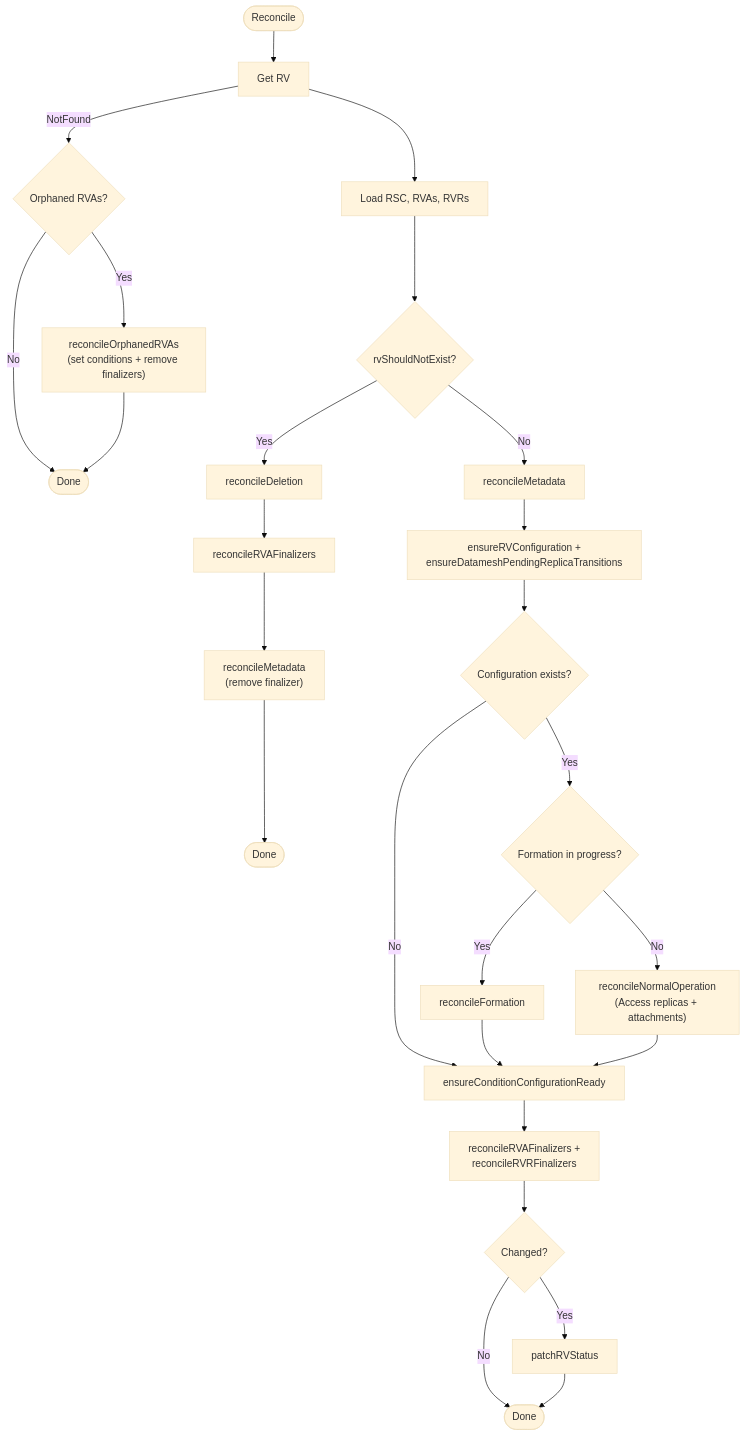
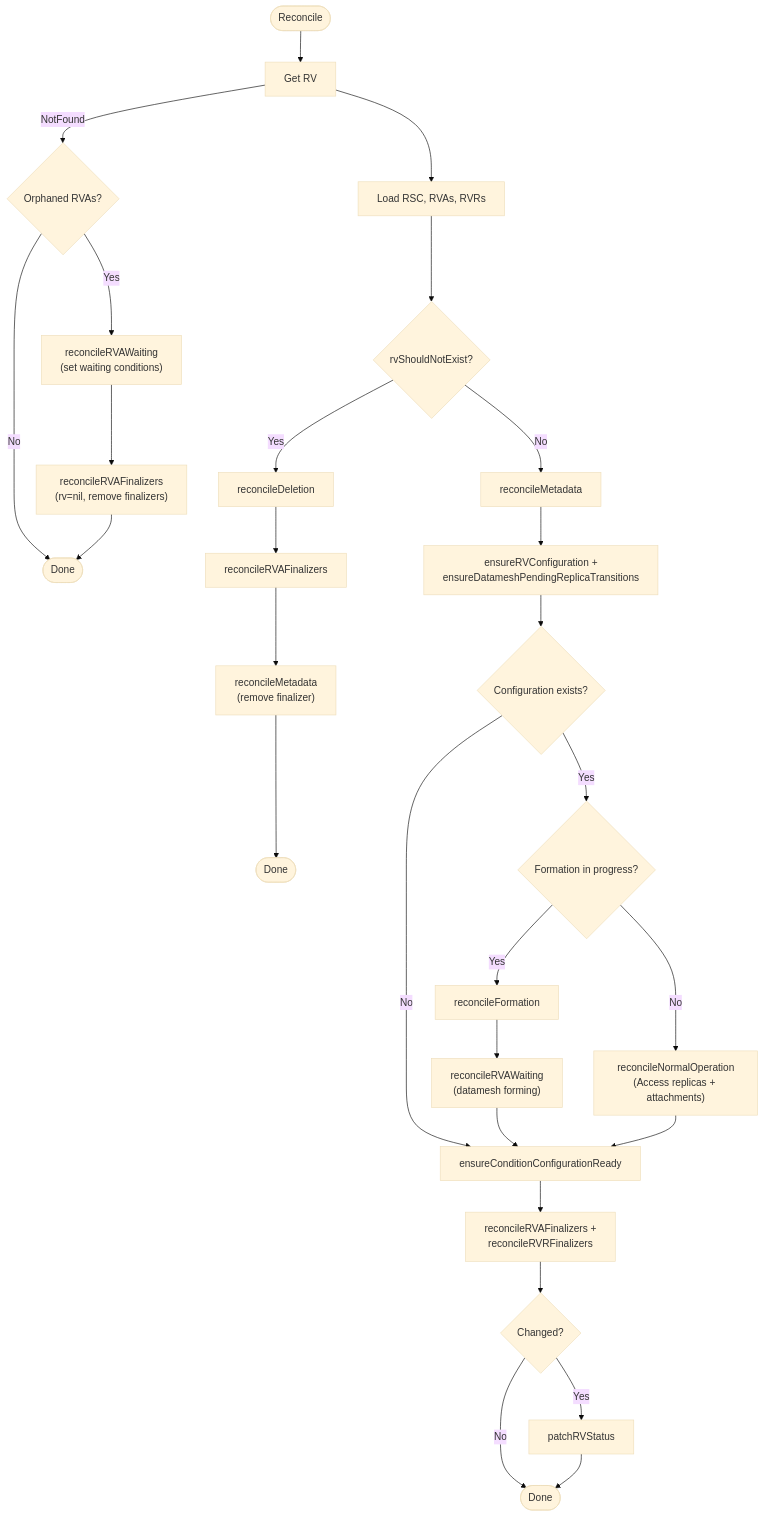
The first of 13 diagrams in images/controller/internal/controllers/rv_controller/README.md (deckhouse/sds-replicated-volume), drawn with Mermaid (base theme) before and after one commit. The commit also changed other lines of this file and 14 other files, not shown here.

````diff
--- a/images/controller/internal/controllers/rv_controller/README.md
+++ b/images/controller/internal/controllers/rv_controller/README.md
@@ -133,34 +143,35 @@
 ```mermaid
 flowchart TD
     Start([Reconcile]) --> GetRV[Get RV]
     GetRV -->|NotFound| CheckOrphanedRVAs{Orphaned RVAs?}
     CheckOrphanedRVAs -->|No| Done1([Done])
-    CheckOrphanedRVAs -->|Yes| OrphanedRVAs["reconcileOrphanedRVAs<br/>(set conditions + remove finalizers)"]
-    OrphanedRVAs --> Done1
+    CheckOrphanedRVAs -->|Yes| OrphanedWaiting["reconcileRVAWaiting<br/>(set waiting conditions)"]
+    OrphanedWaiting --> OrphanedFinalizers["reconcileRVAFinalizers<br/>(rv=nil, remove finalizers)"]
+    OrphanedFinalizers --> Done1
     GetRV --> LoadDeps[Load RSC, RVAs, RVRs]
 
     LoadDeps --> CheckDelete{rvShouldNotExist?}
     CheckDelete -->|Yes| Deletion[reconcileDeletion]
     Deletion --> RVAFinDel[reconcileRVAFinalizers]
     RVAFinDel --> MetaDel["reconcileMetadata<br/>(remove finalizer)"]
     MetaDel --> Done3([Done])
 
     CheckDelete -->|No| Meta[reconcileMetadata]
     Meta --> EnsureConfig["ensureRVConfiguration +<br/>ensureDatameshPendingReplicaTransitions"]
     EnsureConfig --> CheckConfig{Configuration exists?}
     CheckConfig -->|No| Conditions
 
     CheckConfig -->|Yes| CheckForming{Formation in progress?}
     CheckForming -->|Yes| Formation[reconcileFormation]
+    Formation --> FormingRVAWaiting["reconcileRVAWaiting<br/>(datamesh forming)"]
+    FormingRVAWaiting --> Conditions
     CheckForming -->|No| NormalOp["reconcileNormalOperation<br/>(Access replicas + attachments)"]
-
-    Formation --> Conditions
     NormalOp --> Conditions
 
     Conditions[ensureConditionConfigurationReady]
     Conditions --> Finalizers["reconcileRVAFinalizers +<br/>reconcileRVRFinalizers"]
     Finalizers --> PatchDecision{Changed?}
     PatchDecision -->|Yes| Patch[patchRVStatus]
     PatchDecision -->|No| EndNode([Done])
     Patch --> EndNode
 ```
````
